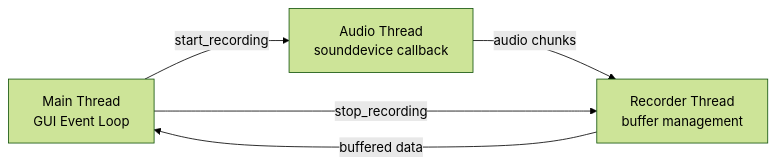
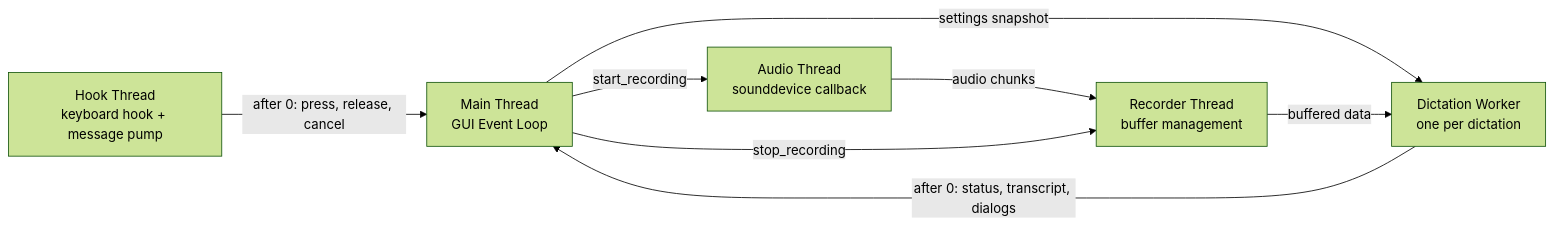
Before and after one commit to dancwilliams/whisper-dictate: the sixth of 6 diagrams in docs/architecture.md, drawn with Mermaid (forest theme). The commit also changed other lines of this file, not shown here.

Commit message:
Architecture: the threading section describes the worker and its snapshot

````diff
--- a/docs/architecture.md
+++ b/docs/architecture.md
@@ -222,11 +222,17 @@
 ```mermaid
 graph LR
     MainThread[Main Thread<br/>GUI Event Loop]
     AudioThread[Audio Thread<br/>sounddevice callback]
     RecorderThread[Recorder Thread<br/>buffer management]
 
+    HookThread[Hook Thread<br/>keyboard hook + message pump]
+    Worker[Dictation Worker<br/>one per dictation]
+
+    HookThread -->|after 0: press, release, cancel| MainThread
     MainThread -->|start_recording| AudioThread
     AudioThread -->|audio chunks| RecorderThread
-    RecorderThread -->|buffered data| MainThread
     MainThread -->|stop_recording| RecorderThread
+    MainThread -->|settings snapshot| Worker
+    RecorderThread -->|buffered data| Worker
+    Worker -->|after 0: status, transcript, dialogs| MainThread
 ```
````
